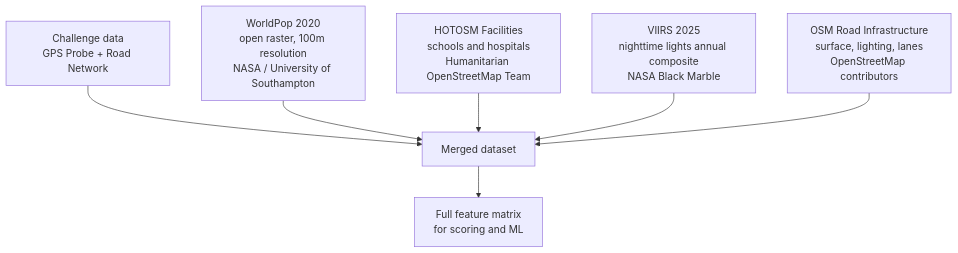
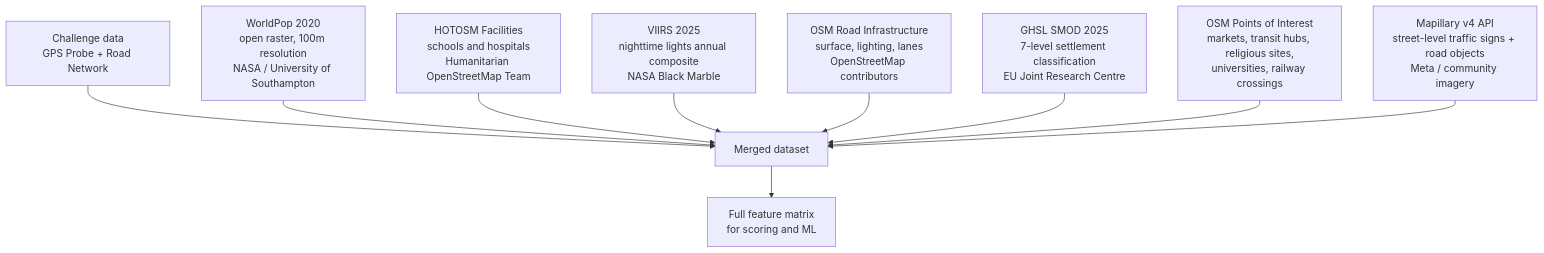
The third of 14 diagrams in WORKFLOW.md (simeonpalla/ai-safer-roads), drawn with Mermaid before and after one commit. The commit also changed other lines of this file and 14 other files, not shown here.

First line of the commit message:
feat: GHSL + 7 POI types + Mapillary + ML R²=0.877

````diff
--- a/WORKFLOW.md
+++ b/WORKFLOW.md
@@ -117,9 +118,12 @@
 ```mermaid
 graph TD
     A["Challenge data<br/>GPS Probe + Road Network"] --> M["Merged dataset"]
     B["WorldPop 2020<br/>open raster, 100m resolution<br/>NASA / University of Southampton"] --> M
     C["HOTOSM Facilities<br/>schools and hospitals<br/>Humanitarian OpenStreetMap Team"] --> M
     D["VIIRS 2025<br/>nighttime lights annual composite<br/>NASA Black Marble"] --> M
     E["OSM Road Infrastructure<br/>surface, lighting, lanes<br/>OpenStreetMap contributors"] --> M
+    F["GHSL SMOD 2025<br/>7-level settlement classification<br/>EU Joint Research Centre"] --> M
+    G["OSM Points of Interest<br/>markets, transit hubs, religious sites,<br/>universities, railway crossings"] --> M
+    H["Mapillary v4 API<br/>street-level traffic signs + road objects<br/>Meta / community imagery"] --> M
     M --> P["Full feature matrix<br/>for scoring and ML"]
 ```
````
